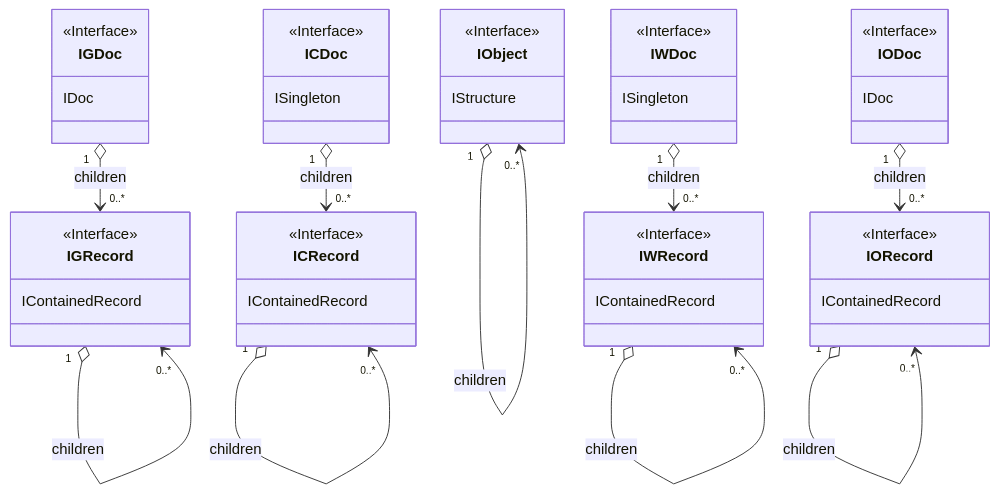
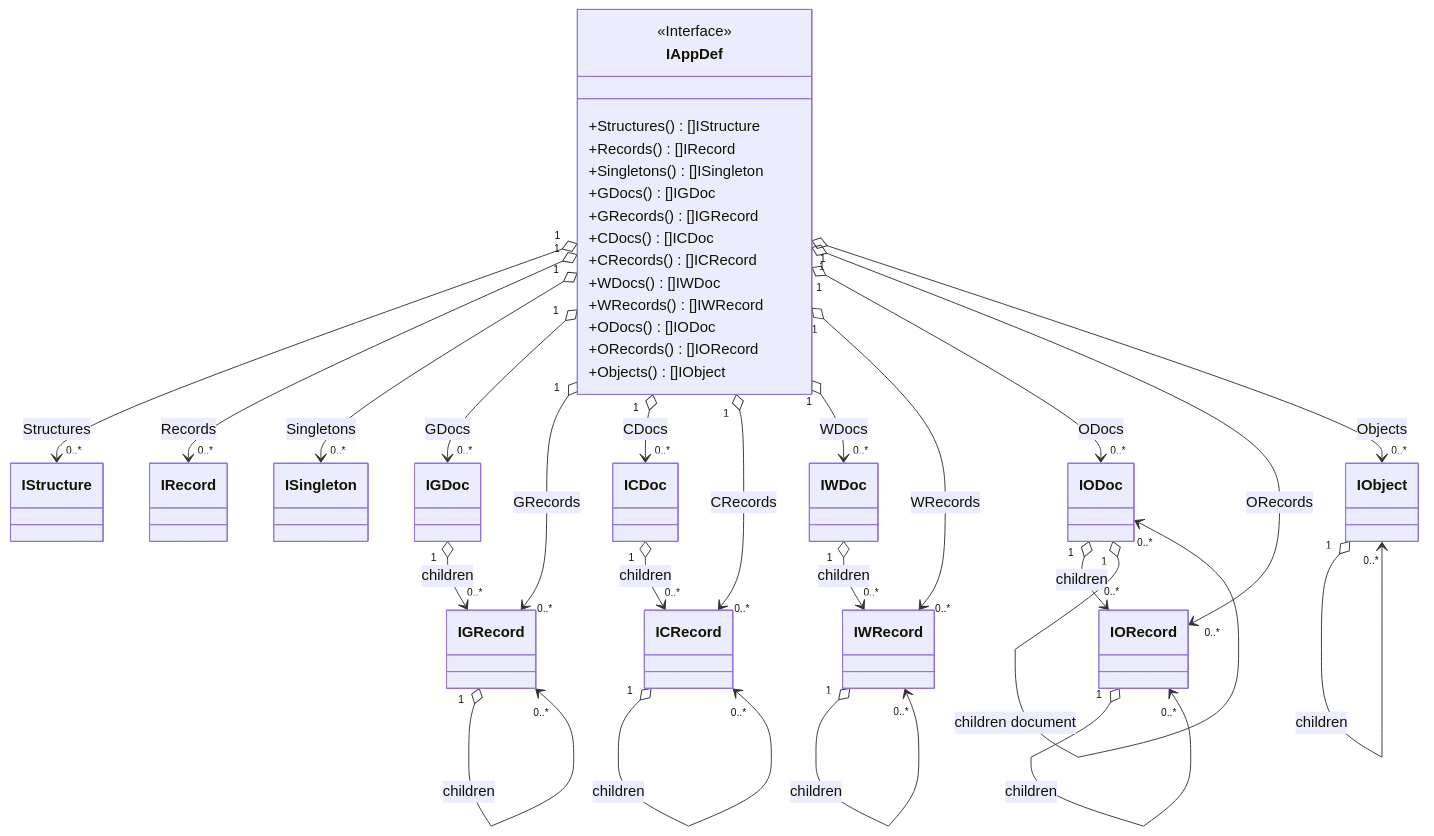
Before and after one commit to voedger/voedger: the fourth of 8 diagrams in pkg/appdef/README.md, drawn with Mermaid. The commit also changed other lines of this file, not shown here.

````diff
--- a/pkg/appdef/README.md
+++ b/pkg/appdef/README.md
@@ -364,58 +382,47 @@
 ```mermaid
 classDiagram
   direction TB
 
-  class IGDoc {
+  class IAppDef {
     <<Interface>>
-    IDoc
+    +Structures() []IStructure
+    +Records() []IRecord
+    +Singletons() []ISingleton
+    +GDocs()[]IGDoc
+    +GRecords()[]IGRecord
+    +CDocs()[]ICDoc
+    +CRecords()[]ICRecord
+    +WDocs()[]IWDoc
+    +WRecords()[]IWRecord
+    +ODocs()[]IODoc
+    +ORecords()[]IORecord
+    +Objects()[]IObject
   }
+  IAppDef "1" o--> "0..*" IStructure : Structures
+  IAppDef "1" o--> "0..*" IRecord : Records
+  IAppDef "1" o--> "0..*" ISingleton : Singletons
+  IAppDef "1" o--> "0..*" IGDoc : GDocs
+  IAppDef "1" o--> "0..*" IGRecord : GRecords
+  IAppDef "1" o--> "0..*" ICDoc : CDocs
+  IAppDef "1" o--> "0..*" ICRecord : CRecords
+  IAppDef "1" o--> "0..*" IWDoc : WDocs
+  IAppDef "1" o--> "0..*" IWRecord : WRecords
+  IAppDef "1" o--> "0..*" IODoc : ODocs
+  IAppDef "1" o--> "0..*" IORecord : ORecords
+  IAppDef "1" o--> "0..*" IObject : Objects
+
   IGDoc "1" o--> "0..*" IGRecord : children
-
-  class IGRecord {
-    <<Interface>>
-    IContainedRecord
-  }
   IGRecord "1" o--> "0..*" IGRecord : children
 
-  class ICDoc {
-    <<Interface>>
-    ISingleton
-  }
   ICDoc "1" o--> "0..*" ICRecord : children
-
-  class ICRecord {
-    <<Interface>>
-    IContainedRecord
-  }
   ICRecord "1" o--> "0..*" ICRecord : children
 
-  class IWDoc {
-    <<Interface>>
-    ISingleton
-  }
   IWDoc "1" o--> "0..*" IWRecord : children
-
-  class IWRecord {
-    <<Interface>>
-    IContainedRecord
-  }
   IWRecord "1" o--> "0..*" IWRecord : children
 
-  class IODoc {
-    <<Interface>>
-    IDoc
-  }
   IODoc "1" o--> "0..*" IORecord : children
-
-  class IORecord {
-    <<Interface>>
-    IContainedRecord
-  }
+  IODoc "1" o--> "0..*" IODoc : children document
   IORecord "1" o--> "0..*" IORecord : children
 
-  class IObject {
-    <<Interface>>
-    IStructure
-  }
   IObject "1" o--> "0..*" IObject : children
 ```
````
